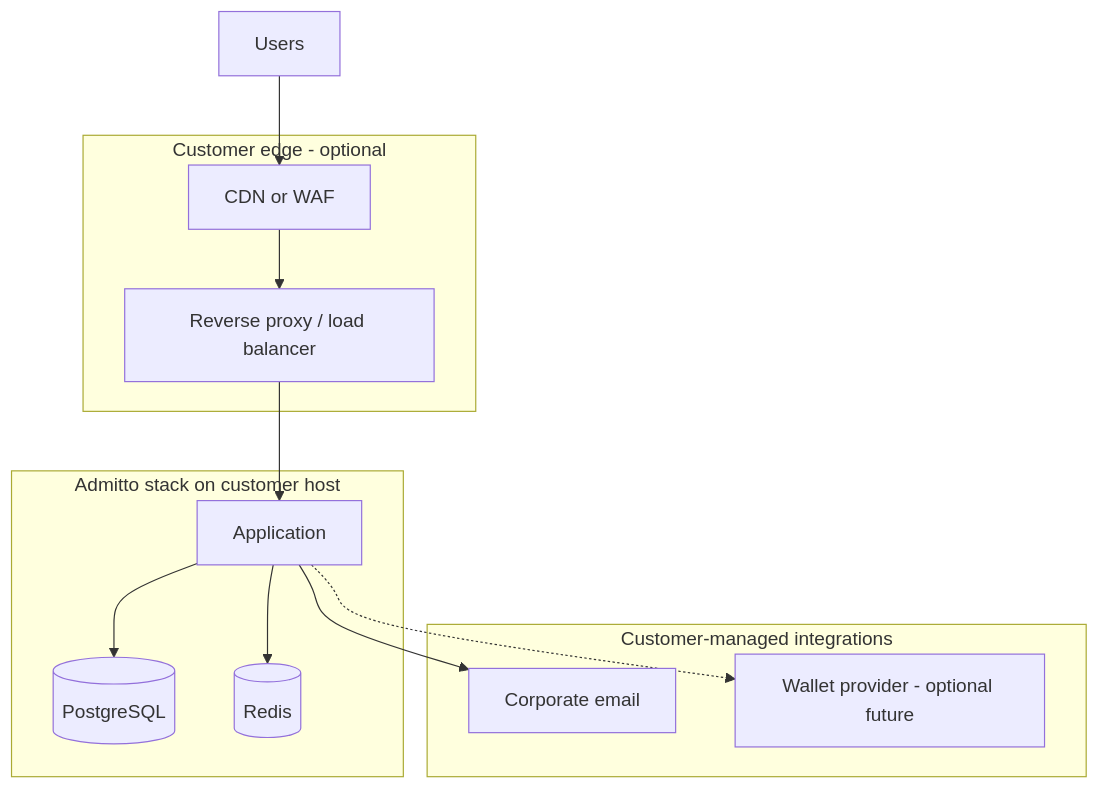
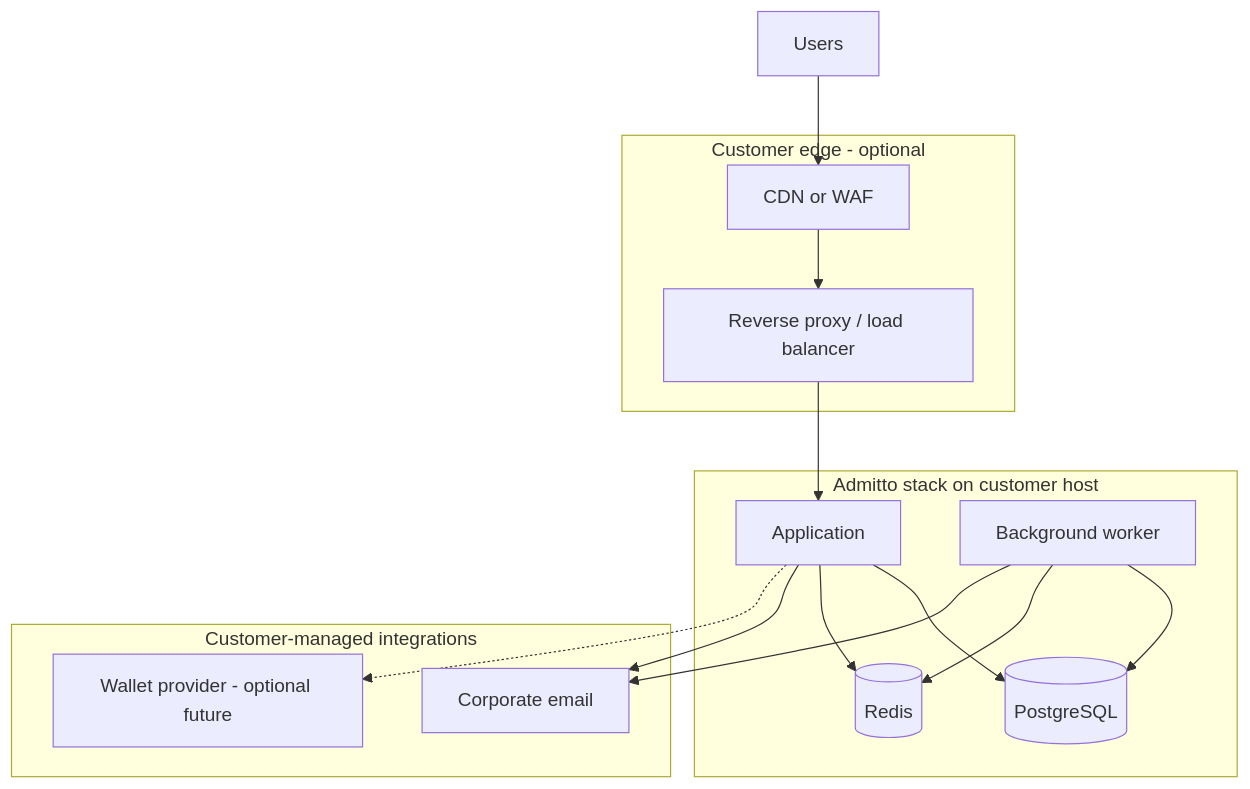
The first of 2 diagrams in docs/security/ARCHITECTURE-FOR-AUDITORS.md (solarssk/admitto), drawn with Mermaid before and after one commit. The commit also changed other lines of this file and 17 other files, not shown here.

````diff
--- a/docs/security/ARCHITECTURE-FOR-AUDITORS.md
+++ b/docs/security/ARCHITECTURE-FOR-AUDITORS.md
@@ -33,23 +33,27 @@
 ```mermaid
 flowchart TB
   subgraph edge [Customer edge - optional]
     CDN[CDN or WAF]
     RP[Reverse proxy / load balancer]
   end
   subgraph stack [Admitto stack on customer host]
     APP[Application]
+    WORKER[Background worker]
     PG[(PostgreSQL)]
     RD[(Redis)]
   end
   subgraph external [Customer-managed integrations]
     Mail[Corporate email]
     Wallet[Wallet provider - optional future]
   end
   Users[Users] --> CDN
   CDN --> RP
   RP --> APP
   APP --> PG
   APP --> RD
   APP --> Mail
   APP -.-> Wallet
+  WORKER --> PG
+  WORKER --> RD
+  WORKER --> Mail
 ```
````
